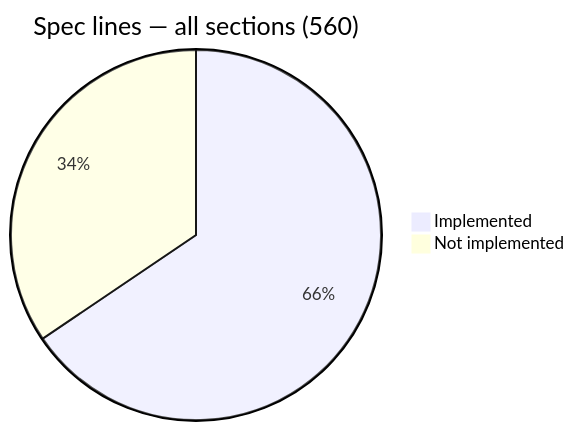
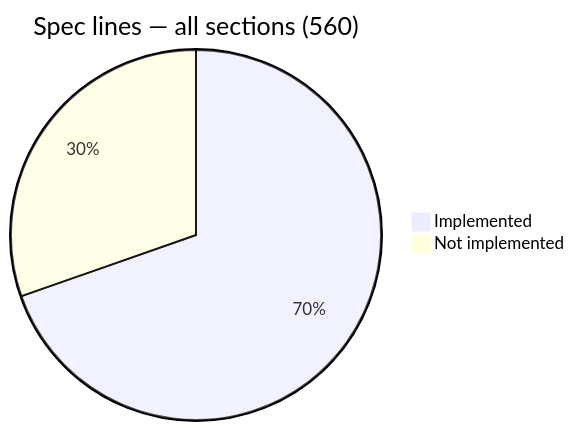
The second of 2 diagrams in process/3.plan/SUMMARY-akm-sections-coverage.md (xplorer2716/XS56K), drawn with Mermaid before and after one commit. The commit also changed other lines of this file and 28 other files, not shown here.

````diff
--- a/process/3.plan/SUMMARY-akm-sections-coverage.md
+++ b/process/3.plan/SUMMARY-akm-sections-coverage.md
@@ -9,5 +18,5 @@
 ```mermaid
 pie title Spec lines — all sections (560)
-    "Implemented" : 367
-    "Not implemented" : 193
+    "Implemented" : 390
+    "Not implemented" : 170
 ```
````
